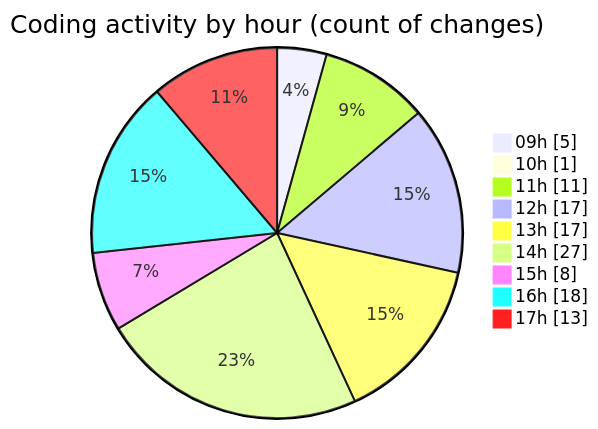
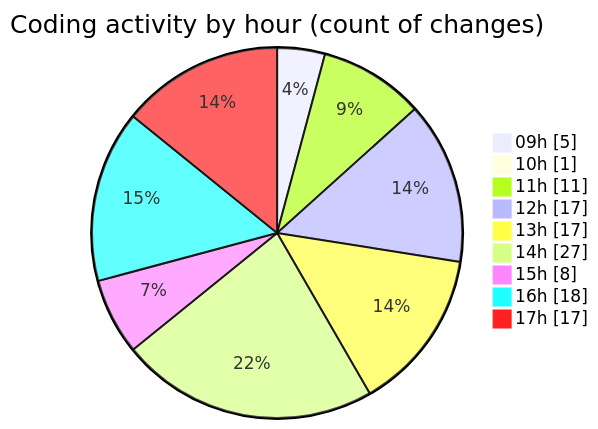
One commit to momahboobian/code-tracking changed the second of 2 diagrams in 2025-09-04/cda/README.md. Above: the diagram before and after it, drawn with Mermaid. The commit also changed other lines of this file and 1 other file, not shown here.

````diff
--- a/2025-09-04/cda/README.md
+++ b/2025-09-04/cda/README.md
@@ -42,13 +42,13 @@
 ```mermaid
 pie showData
 title Coding activity by hour (count of changes)
 "09h" : 5
 "10h" : 1
 "11h" : 11
 "12h" : 17
 "13h" : 17
 "14h" : 27
 "15h" : 8
 "16h" : 18
-"17h" : 13
+"17h" : 17
 ```
````
